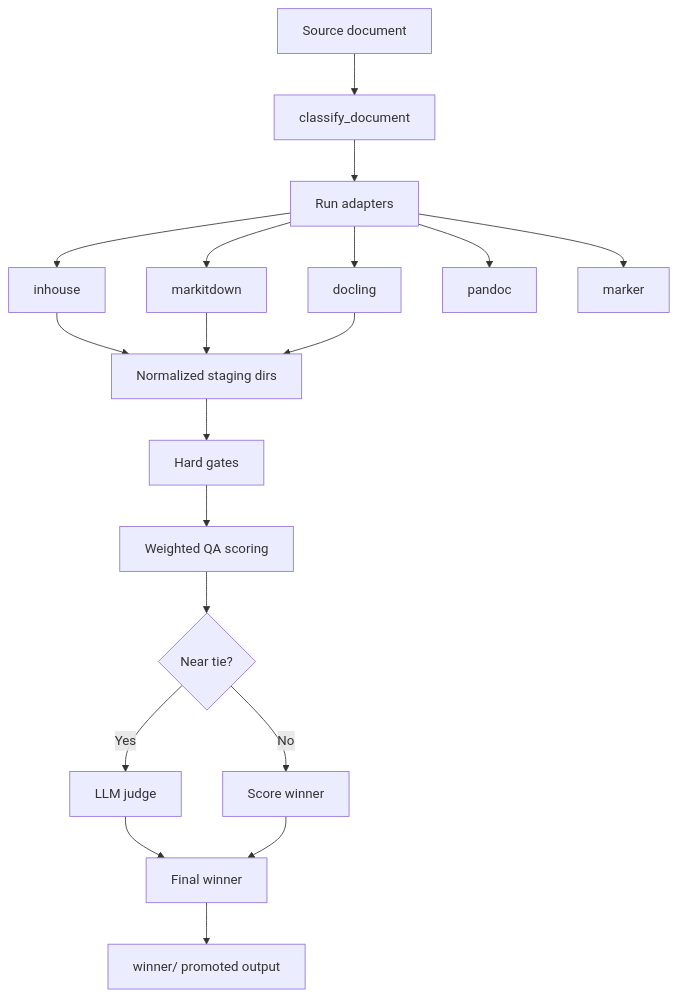
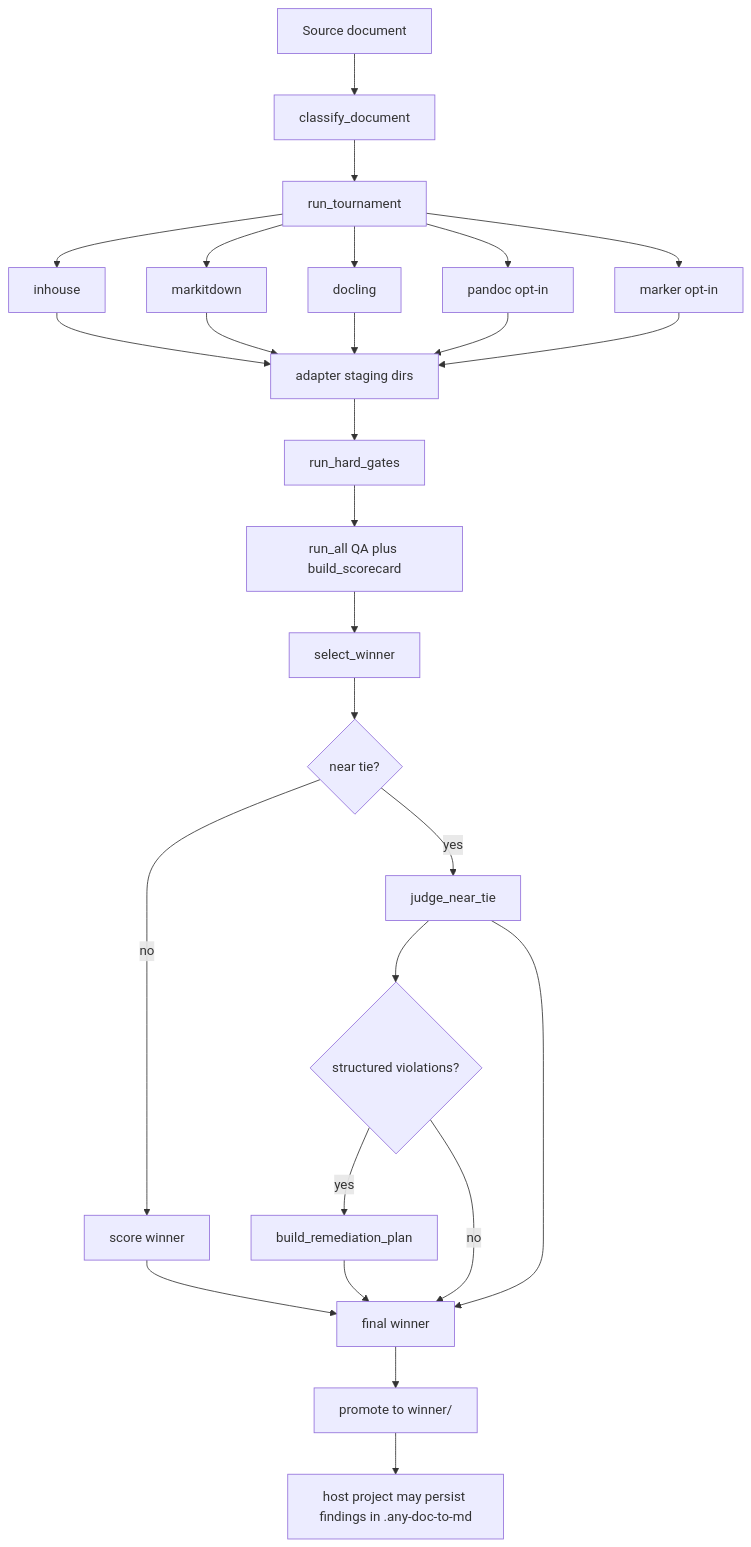
Before and after one commit to Agent-Cognitive-Enterprise/any-doc-to-md: the diagram in README.md, drawn with Mermaid. The commit also changed other lines of this file, not shown here.

````diff
--- a/README.md
+++ b/README.md
@@ -21,21 +31,29 @@
 ```mermaid
 flowchart TD
     A[Source document] --> B[classify_document]
-    B --> C[Run adapters]
+    B --> C[run_tournament]
     C --> C1[inhouse]
     C --> C2[markitdown]
     C --> C3[docling]
-    C --> C4[pandoc]
-    C --> C5[marker]
-    C1 --> D[Normalized staging dirs]
+    C --> C4[pandoc opt-in]
+    C --> C5[marker opt-in]
+    C1 --> D[adapter staging dirs]
     C2 --> D
     C3 --> D
-    D --> E[Hard gates]
-    E --> F[Weighted QA scoring]
-    F --> G{Near tie?}
-    G -- No --> H[Score winner]
-    G -- Yes --> I[LLM judge]
-    I --> J[Final winner]
-    H --> J
-    J --> K[winner/ promoted output]
+    C4 --> D
+    C5 --> D
+    D --> E[run_hard_gates]
+    E --> F[run_all QA plus build_scorecard]
+    F --> G[select_winner]
+    G --> H{near tie?}
+    H -- no --> I[score winner]
+    H -- yes --> J[judge_near_tie]
+    J --> K{structured violations?}
+    K -- yes --> L[build_remediation_plan]
+    K -- no --> M[final winner]
+    I --> M
+    J --> M
+    L --> M
+    M --> N[promote to winner/]
+    N --> O[host project may persist findings in .any-doc-to-md]
 ```
````
